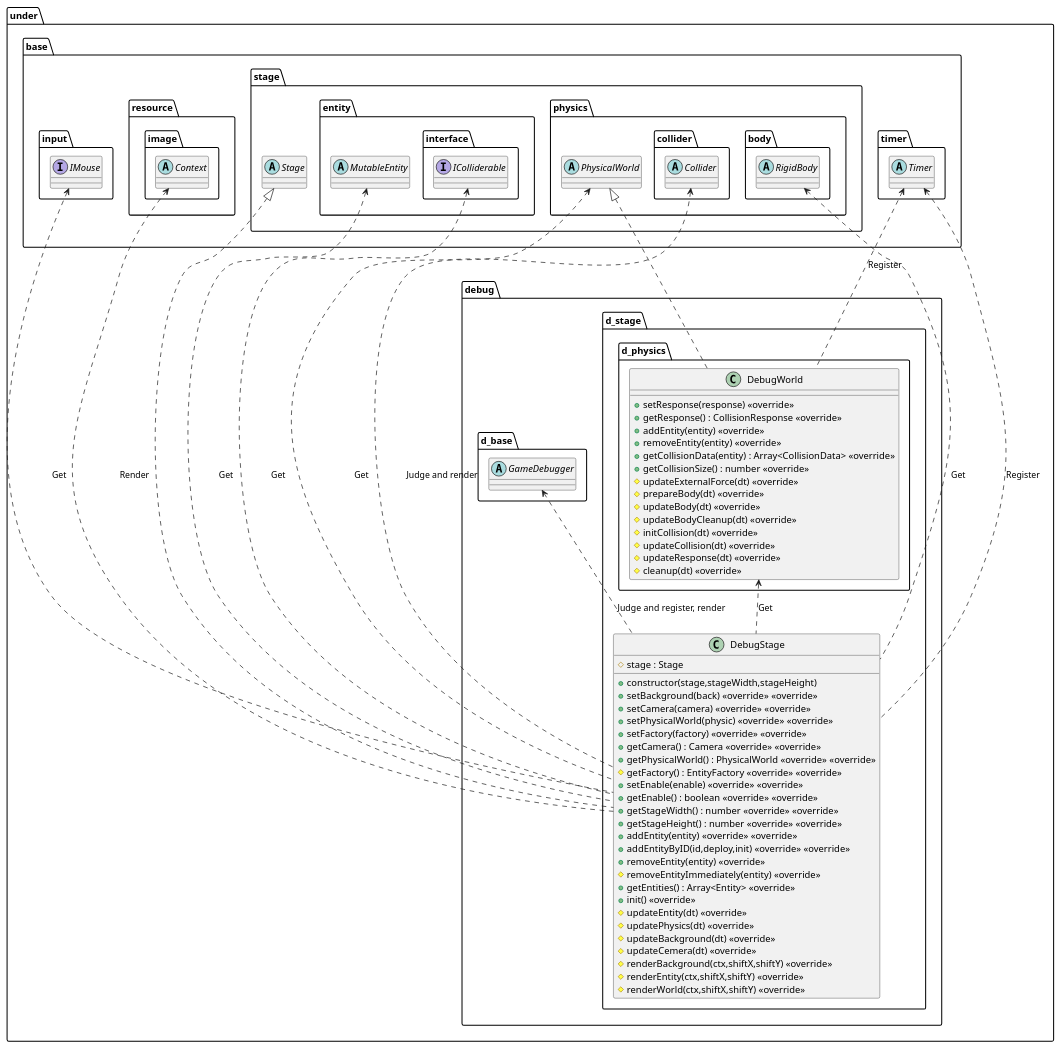
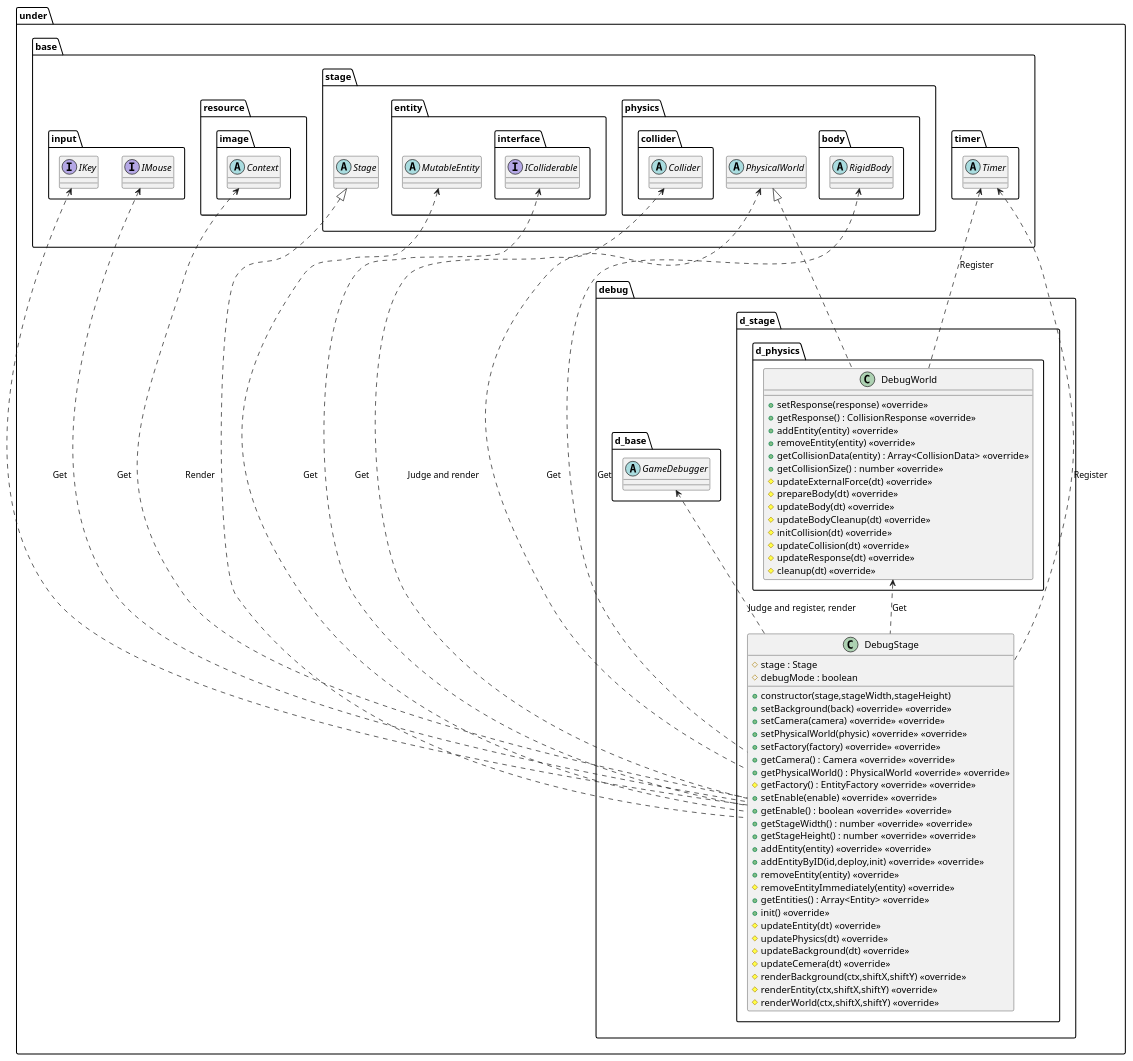
Before and after one commit to Expine/Under: the diagram in uml/debug/Stage.wsd, drawn with PlantUML. The commit also changed 25 other files, not shown here.

```diff
--- a/uml/debug/Stage.wsd
+++ b/uml/debug/Stage.wsd
@@ -1,111 +1,114 @@
 @startuml DebugStage
 
 package under {
     package debug {
         package d_stage {
             class DebugStage {
                 +constructor(stage,stageWidth,stageHeight)
                 #stage : Stage
+                #debugMode : boolean
                 +setBackground(back) <<override>> <<override>>
                 +setCamera(camera) <<override>> <<override>>
                 +setPhysicalWorld(physic) <<override>> <<override>>
                 +setFactory(factory) <<override>> <<override>>
                 +getCamera() : Camera <<override>> <<override>>
                 +getPhysicalWorld() : PhysicalWorld <<override>> <<override>>
                 #getFactory() : EntityFactory <<override>> <<override>>
                 +setEnable(enable) <<override>> <<override>>
                 +getEnable() : boolean <<override>> <<override>>
                 +getStageWidth() : number <<override>> <<override>>
                 +getStageHeight() : number <<override>> <<override>>
                 +addEntity(entity) <<override>> <<override>>
                 +addEntityByID(id,deploy,init) <<override>> <<override>>
                 +removeEntity(entity) <<override>>
                 #removeEntityImmediately(entity) <<override>>
                 +getEntities() : Array<Entity> <<override>>
                 +init() <<override>>
                 #updateEntity(dt) <<override>>
                 #updatePhysics(dt) <<override>>
                 #updateBackground(dt) <<override>>
                 #updateCemera(dt) <<override>>
                 #renderBackground(ctx,shiftX,shiftY) <<override>>
                 #renderEntity(ctx,shiftX,shiftY) <<override>>
                 #renderWorld(ctx,shiftX,shiftY) <<override>>
             }
             package d_physics {
                 class DebugWorld {
                     +setResponse(response) <<override>>
                     +getResponse() : CollisionResponse <<override>>
                     +addEntity(entity) <<override>>
                     +removeEntity(entity) <<override>>
                     +getCollisionData(entity) : Array<CollisionData> <<override>>
                     +getCollisionSize() : number <<override>>
                     #updateExternalForce(dt) <<override>>
                     #prepareBody(dt) <<override>>
                     #updateBody(dt) <<override>>
                     #updateBodyCleanup(dt) <<override>>
                     #initCollision(dt) <<override>>
                     #updateCollision(dt) <<override>>
                     #updateResponse(dt) <<override>>
                     #cleanup(dt) <<override>>
                 }
             }
         }
     }
 }
 
 package under {
     package base {
         package input  {
+            interface IKey
             interface IMouse
         }
         package resource {
             package image {
                 abstract Context
             }
         }
         package stage {
             abstract Stage
             package entity {
                 abstract MutableEntity
                 package interface {
                     interface IColliderable
                 }
             }
             package physics  {
                 abstract PhysicalWorld
                 package collider {
                     abstract Collider
                 }
                 package body {
                     abstract RigidBody
                 }
             }
         }
         package timer {
             abstract Timer
         }
     }
     package debug {
         package d_base {
             abstract GameDebugger
         }
     }
 }
 
 Timer <... DebugStage : Register
 GameDebugger <.. DebugStage : Judge and register, render
+IKey <... DebugStage : Get
 IMouse <... DebugStage : Get
 MutableEntity <... DebugStage : Get
 Collider <... DebugStage : Judge and render
 IColliderable <... DebugStage : Get
 RigidBody <... DebugStage : Get
 Context <... DebugStage : Render
 PhysicalWorld <.. DebugStage : Get
 DebugWorld <.. DebugStage : Get
 
 Timer <.. DebugWorld : Register
 
 Stage <|.. DebugStage
 PhysicalWorld <|.. DebugWorld
 
 @enduml
```
